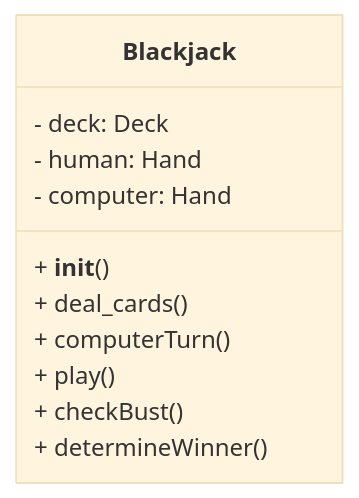
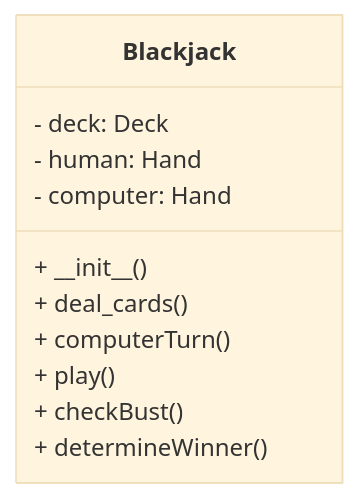
Before and after one commit to isf-dp-cs/isf-dp-cs.github.io: the fifth of 5 diagrams in content/new_syllabus/unit_03_oop/03_polymorphism/_index.md, drawn with Mermaid (base theme). The commit also changed other lines of this file and 2 other files, not shown here.

Commit message:
trying to figure out mermaid underline issue

```diff
--- a/content/new_syllabus/unit_03_oop/03_polymorphism/_index.md
+++ b/content/new_syllabus/unit_03_oop/03_polymorphism/_index.md
@@ -271,14 +271,14 @@
 {{< mermaid >}}
 classDiagram
     class Blackjack {
         - deck: Deck
         - human: Hand
         - computer: Hand
-        + __init__()
+        + \_\_init__()
         + deal_cards()
         + computerTurn()
         + play()
         + checkBust()
         + determineWinner()
     } 
 {{< /mermaid >}}
```
